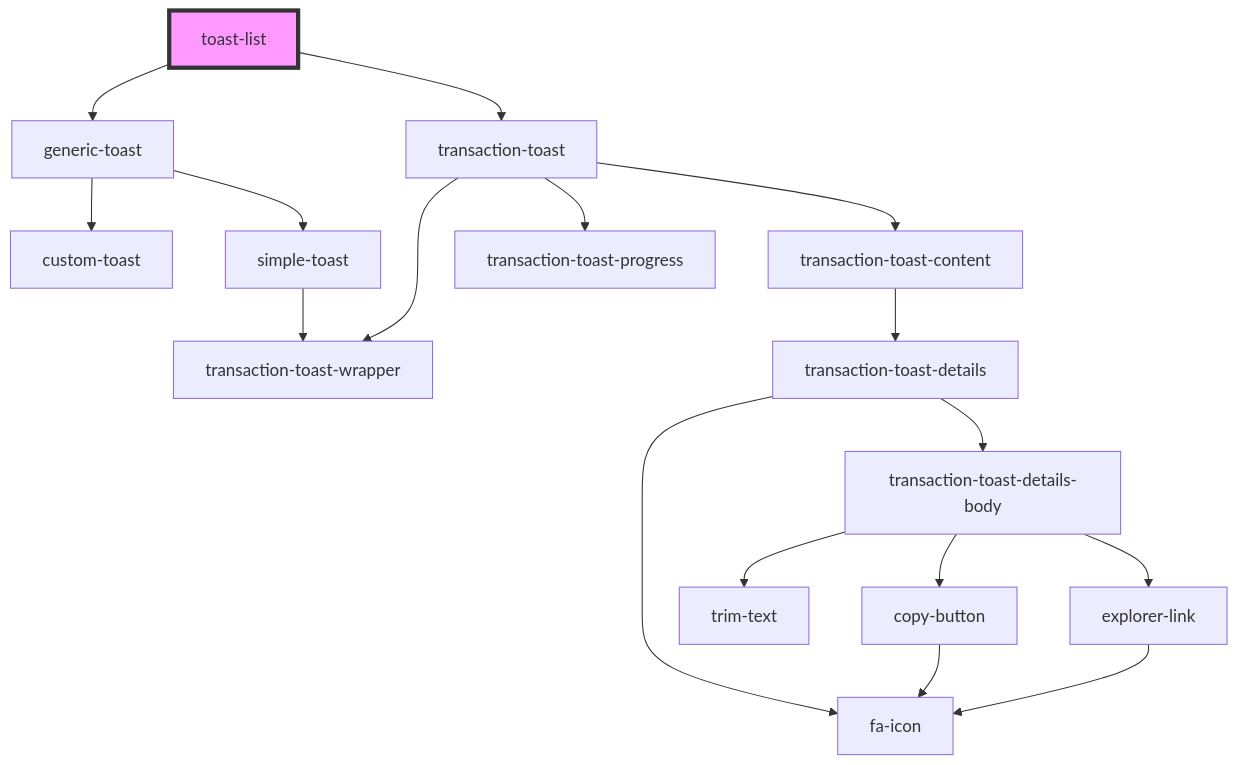
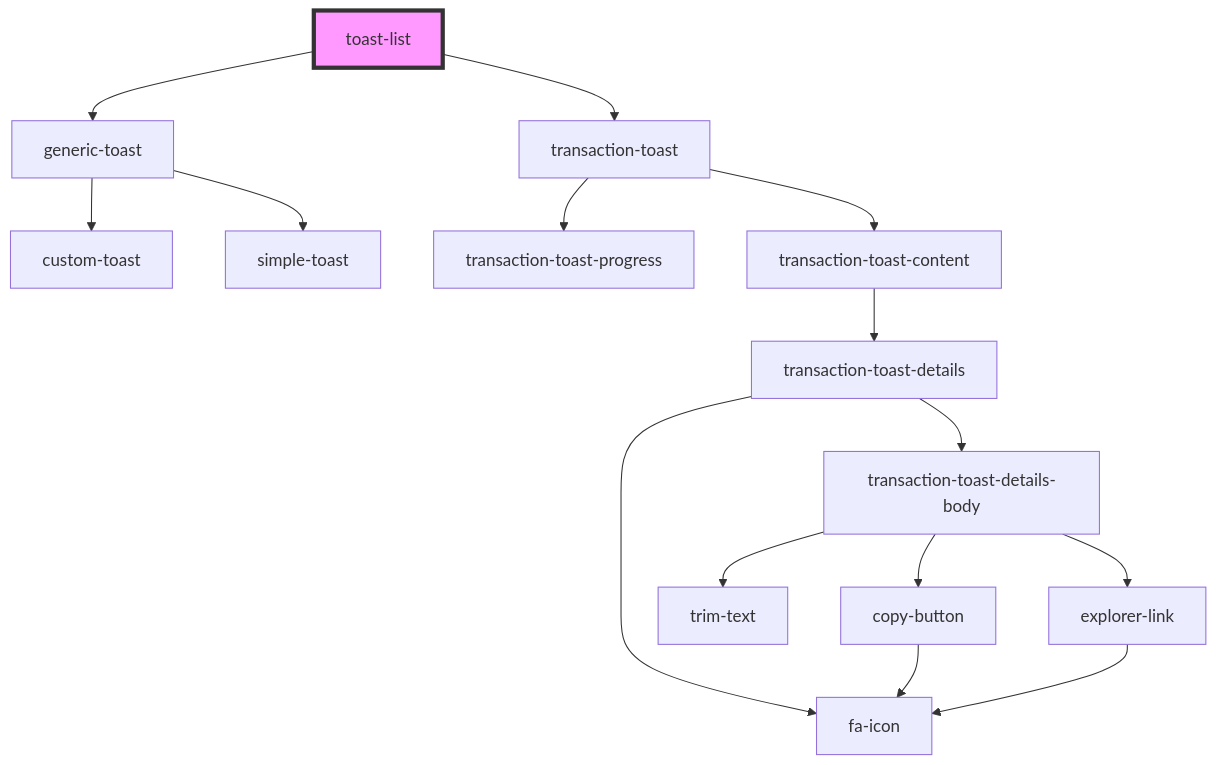
One commit to multiversx/mx-sdk-dapp-ui changed the diagram in src/components/functional/toasts-list/readme.md. Above: the diagram before and after it, drawn with Mermaid. The commit also changed 29 other files, not shown here.

````diff
--- a/src/components/functional/toasts-list/readme.md
+++ b/src/components/functional/toasts-list/readme.md
@@ -35,20 +35,18 @@
 ```mermaid
 graph TD;
   toast-list --> generic-toast
   toast-list --> transaction-toast
   generic-toast --> custom-toast
   generic-toast --> simple-toast
-  simple-toast --> transaction-toast-wrapper
-  transaction-toast --> transaction-toast-wrapper
   transaction-toast --> transaction-toast-progress
   transaction-toast --> transaction-toast-content
   transaction-toast-content --> transaction-toast-details
   transaction-toast-details --> fa-icon
   transaction-toast-details --> transaction-toast-details-body
   transaction-toast-details-body --> trim-text
   transaction-toast-details-body --> copy-button
   transaction-toast-details-body --> explorer-link
   copy-button --> fa-icon
   explorer-link --> fa-icon
   style toast-list fill:#f9f,stroke:#333,stroke-width:4px
 ```
````
